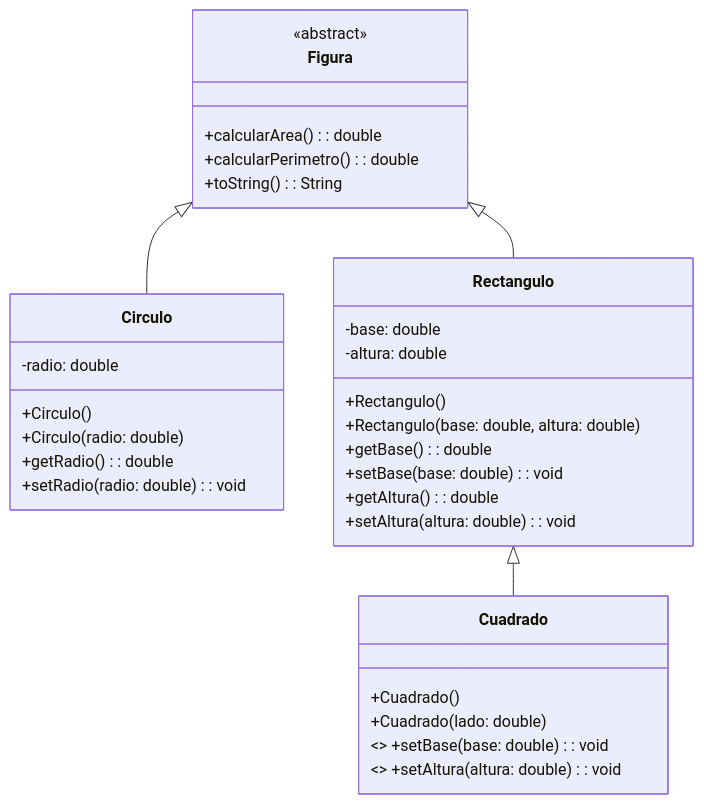
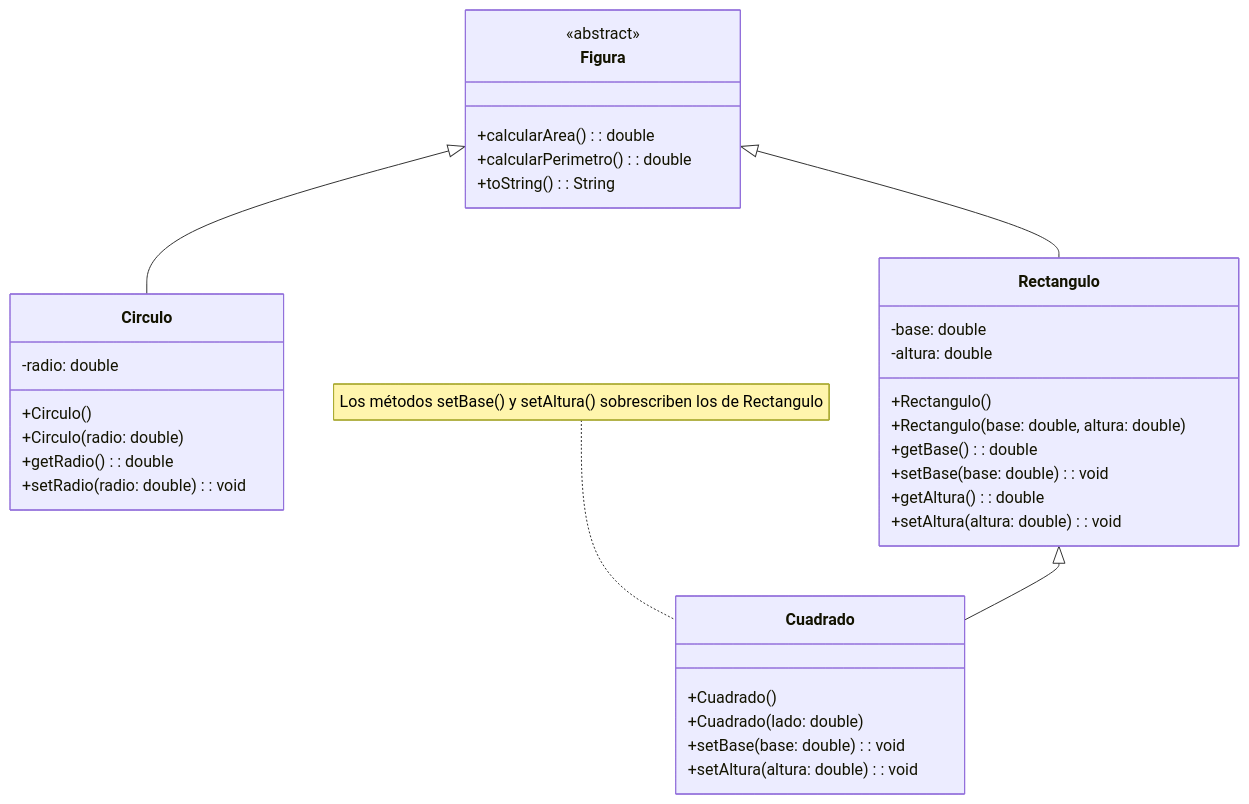
One commit to Salvador-GA/APALOO changed the diagram in 1.5 EjClaseAbstracta/README.md. Above: the diagram before and after it, drawn with Mermaid.

````diff
--- a/1.5 EjClaseAbstracta/README.md
+++ b/1.5 EjClaseAbstracta/README.md
@@ -3,39 +3,41 @@
 ```mermaid
 classDiagram
     class Figura {
         <<abstract>>
         +calcularArea(): double
         +calcularPerimetro(): double
         +toString(): String
     }
 
     class Circulo {
         -radio: double
         +Circulo()
         +Circulo(radio: double)
         +getRadio(): double
         +setRadio(radio: double): void
     }
 
     class Rectangulo {
         -base: double
         -altura: double
         +Rectangulo()
         +Rectangulo(base: double, altura: double)
         +getBase(): double
         +setBase(base: double): void
         +getAltura(): double
         +setAltura(altura: double): void
     }
 
     class Cuadrado {
         +Cuadrado()
         +Cuadrado(lado: double)
-        <<override>> +setBase(base: double): void
-        <<override>> +setAltura(altura: double): void
+        +setBase(base: double): void
+        +setAltura(altura: double): void
     }
+
+    note for Cuadrado "Los métodos setBase() y setAltura() sobrescriben los de Rectangulo"
 
     Figura <|-- Circulo
     Figura <|-- Rectangulo
     Rectangulo <|-- Cuadrado
 ```
````
